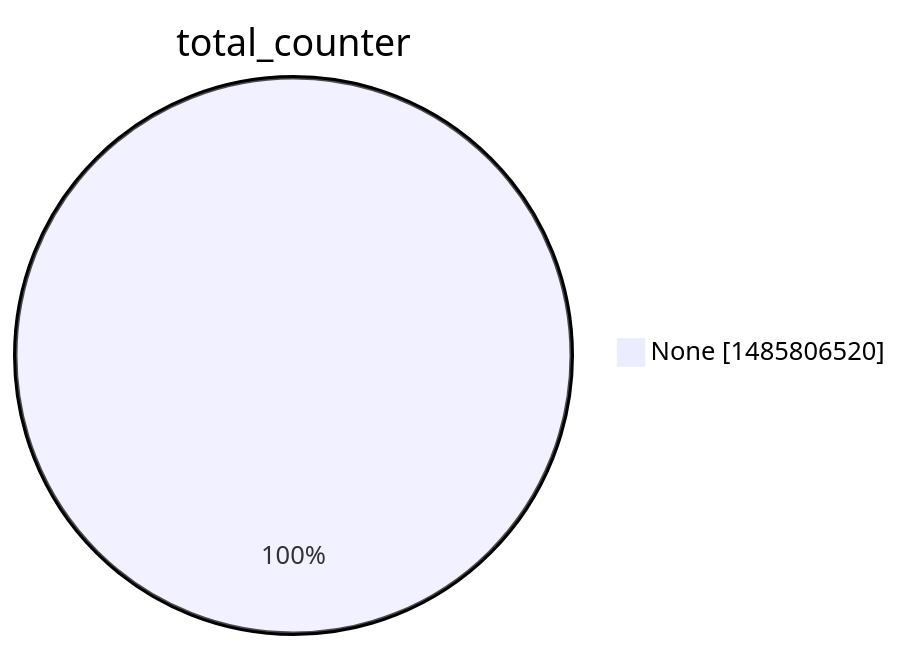
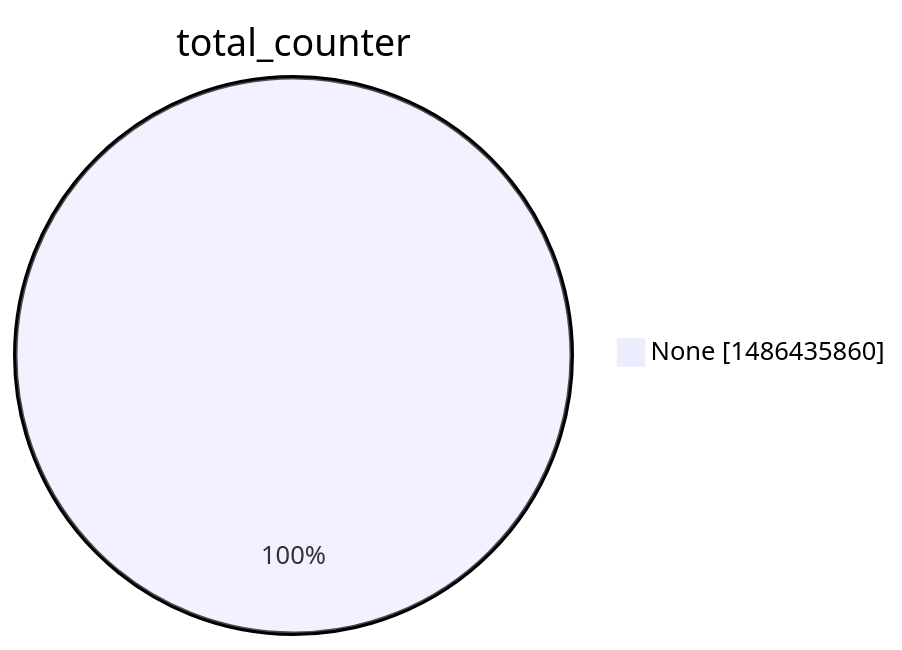
Before and after one commit to christiankrug/ctmonitor_visualization: the second of 15 diagrams in argon2022/README.md, drawn with Mermaid. The commit also changed other lines of this file, not shown here.

````diff
--- a/argon2022/README.md
+++ b/argon2022/README.md
@@ -9,5 +9,5 @@
 ```mermaid
 pie showData
 title total_counter
-"None" :1485806520
+"None" :1486435860
 ```
````
